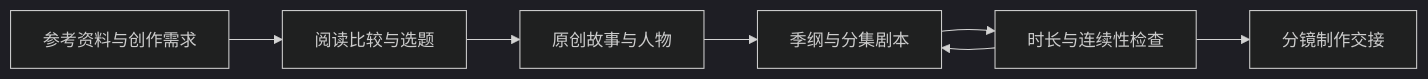
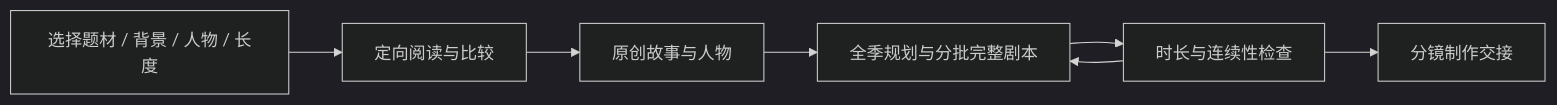
One commit to mmw-beep/farming-drama-writer changed the diagram in README.md. Above: the diagram before and after it, drawn with Mermaid (dark theme). The commit also changed other lines of this file and 1 other file, not shown here.

````diff
--- a/README.md
+++ b/README.md
@@ -21,9 +22,9 @@
 ```mermaid
 flowchart LR
-    A[参考资料与创作需求] --> B[阅读比较与选题]
+    A[选择题材 / 背景 / 人物 / 长度] --> B[定向阅读与比较]
     B --> C[原创故事与人物]
-    C --> D[季纲与分集剧本]
+    C --> D[全季规划与分批完整剧本]
     D --> E[时长与连续性检查]
     E --> F[分镜制作交接]
     E --> D
 ```
````
